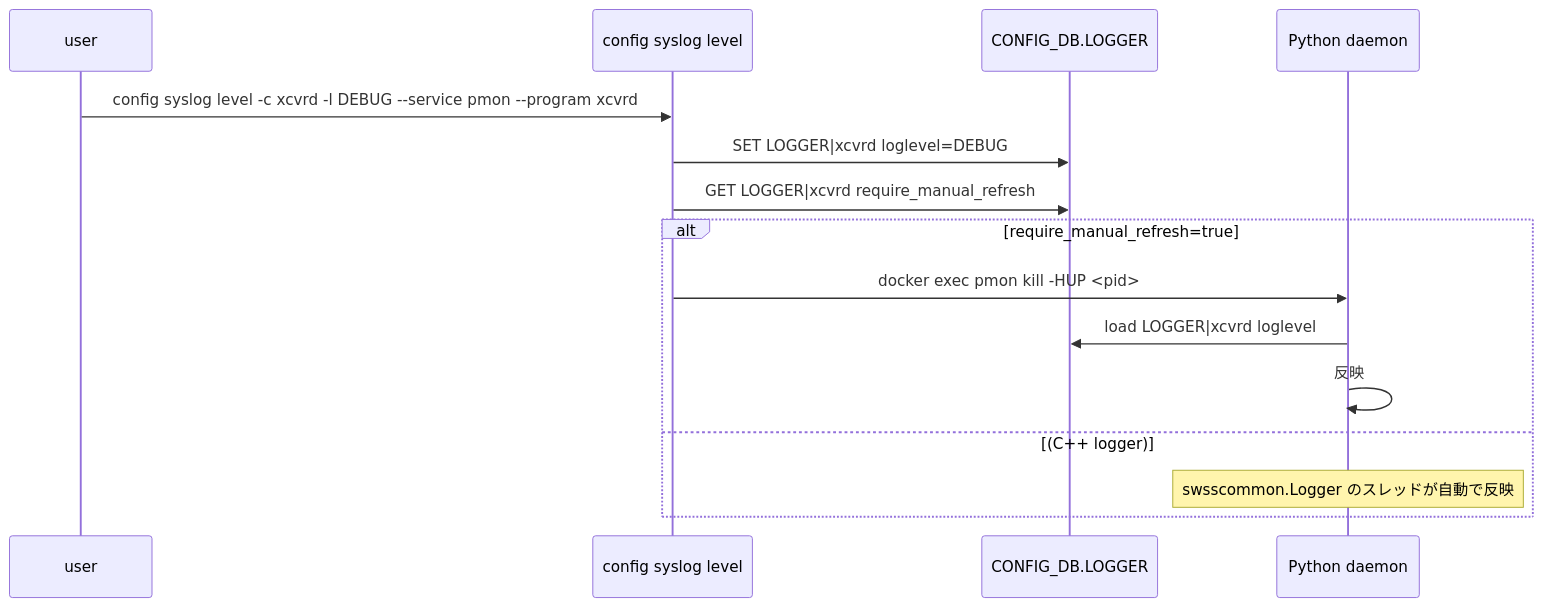
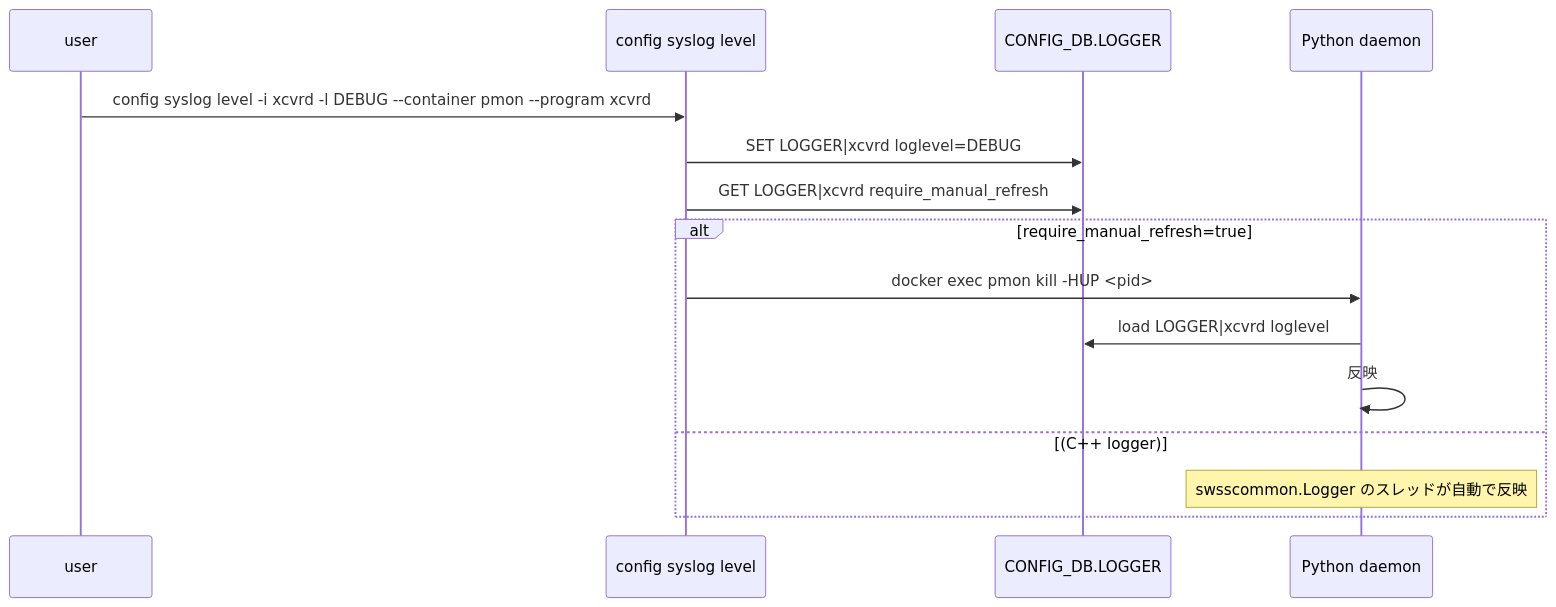
Before and after one commit to aoki-taquan/sonic-unofficial-docs: the second of 2 diagrams in docs/system/sonic-python-logger-enhancement.md, drawn with Mermaid. The commit also changed other lines of this file and 1 other file, not shown here.

First line of the commit message:
review: batch 179 fixes — CLI option names and duplicate section

````diff
--- a/docs/system/sonic-python-logger-enhancement.md
+++ b/docs/system/sonic-python-logger-enhancement.md
@@ -127,17 +127,17 @@
 ```mermaid
 sequenceDiagram
     participant U as user
     participant CLI as config syslog level
     participant DB as CONFIG_DB.LOGGER
     participant DEM as Python daemon
-    U->>CLI: config syslog level -c xcvrd -l DEBUG --service pmon --program xcvrd
+    U->>CLI: config syslog level -i xcvrd -l DEBUG --container pmon --program xcvrd
     CLI->>DB: SET LOGGER|xcvrd loglevel=DEBUG
     CLI->>DB: GET LOGGER|xcvrd require_manual_refresh
     alt require_manual_refresh=true
         CLI->>DEM: docker exec pmon kill -HUP <pid>
         DEM->>DB: load LOGGER|xcvrd loglevel
         DEM->>DEM: 反映
     else (C++ logger)
         Note over DEM: swsscommon.Logger のスレッドが自動で反映
     end
 ```
````
